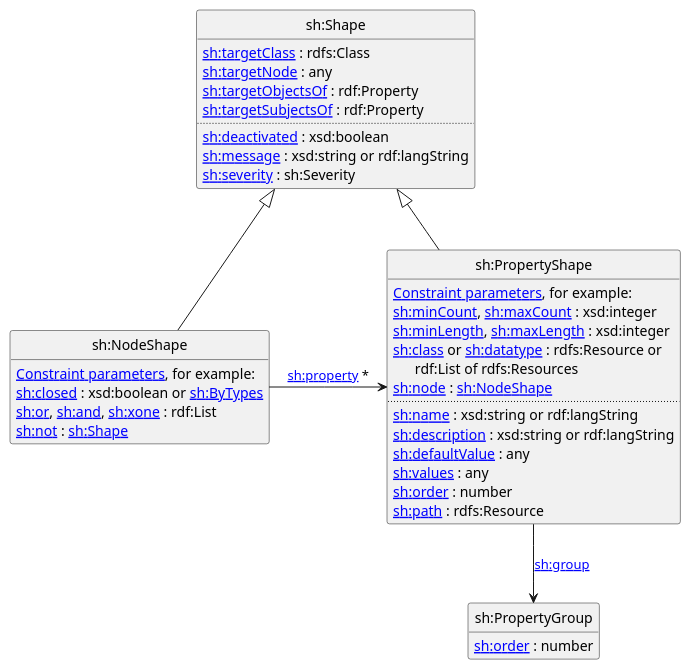
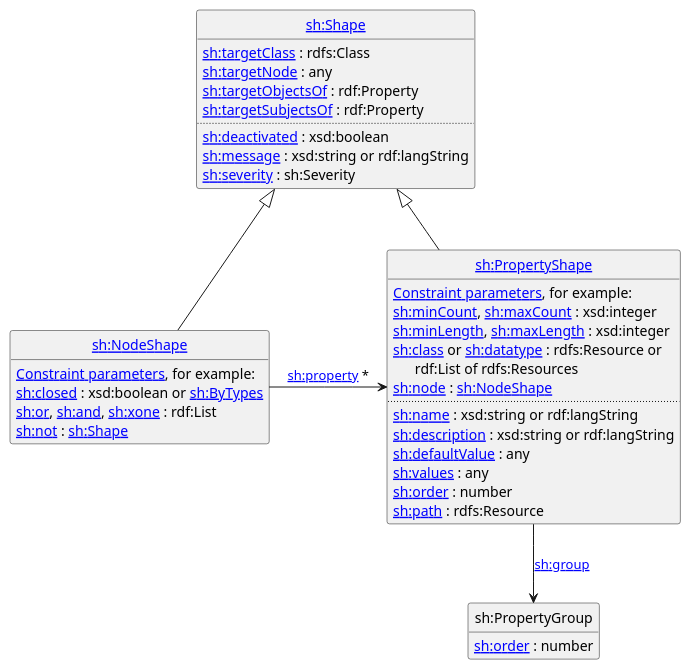
The diagram in shacl12-core/images/SHACL-UML.puml (w3c/data-shapes), drawn with PlantUML before and after one commit.

Commit message:
add manual `<color>` and `<u>` tags to class names

```diff
--- a/shacl12-core/images/SHACL-UML.puml
+++ b/shacl12-core/images/SHACL-UML.puml
@@ -1,47 +1,47 @@
 @startuml
 hide circles
 hide empty members
 skinparam topurl https://raw.githack.com/w3c/data-shapes/master/shacl12-core/index.html
 
-class "sh:Shape" as Shape [[#shapes]] {
+class "<color:blue><u>sh:Shape" as Shape [[#shapes]] {
   [[#targetClass sh:targetClass]] : rdfs:Class
   [[#targetNode sh:targetNode]] : any
   [[#targetObjectsOf sh:targetObjectsOf]] : rdf:Property
   [[#targetSubjectsOf sh:targetSubjectsOf]] : rdf:Property
   ....
   [[#deactivated sh:deactivated]] : xsd:boolean
   [[#message sh:message]] : xsd:string or rdf:langString
   [[#severity sh:severity]] : sh:Severity
 }
 
-class "sh:NodeShape" as NodeShape [[#node-shapes]] {
+class "<color:blue><u>sh:NodeShape" as NodeShape [[#node-shapes]] {
   [[#constraints Constraint parameters]], for example:
   [[#closedConstraintComponent sh:closed]] : xsd:boolean or [[#syntax-rule-closed-datatype sh:ByTypes]]
   [[#orConstraintComponent sh:or]], [[#andConstraintComponent sh:and]], [[#xoneConstraintComponent sh:xone]] : rdf:List
   [[#notConstraintComponent sh:not]] : [[#shapes sh:Shape]]
 }
 
-class "sh:PropertyShape" as PropertyShape [[#property-shapes]] {
+class "<color:blue><u>sh:PropertyShape" as PropertyShape [[#property-shapes]] {
   [[#constraints Constraint parameters]], for example:
   [[#MinCountConstraintComponent sh:minCount]], [[#MaxCountConstraintComponent sh:maxCount]] : xsd:integer
   [[#MinLengthConstraintComponent sh:minLength]], [[#MaxLengthConstraintComponent sh:maxLength]] : xsd:integer
   [[#ClassConstraintComponent sh:class]] or [[#DatatypeConstraintComponent sh:datatype]] : rdfs:Resource or\n      rdf:List of rdfs:Resources
   [[#NodeConstraintComponent sh:node]] : [[#node-shapes sh:NodeShape]]
   ....
   [[#name sh:name]] : xsd:string or rdf:langString
   [[#desription sh:description]] : xsd:string or rdf:langString
   [[#syntax-rule-path-defaultValue sh:defaultValue]] : any
   [[#syntax-rule-path-defaultValue sh:values]] : any
   [[#order sh:order]] : number
   [[#property-shapes sh:path]] : rdfs:Resource
 }
 
 class "sh:PropertyGroup" as PropertyGroup [[#group sh:group]] {
   [[#group sh:order]] : number
 }
 
 Shape <|-- NodeShape
 Shape <|-- PropertyShape
 NodeShape -> PropertyShape : [[#property-shapes sh:property]] *
 PropertyShape --> PropertyGroup :  [[#group sh:group]]
 @enduml
```
